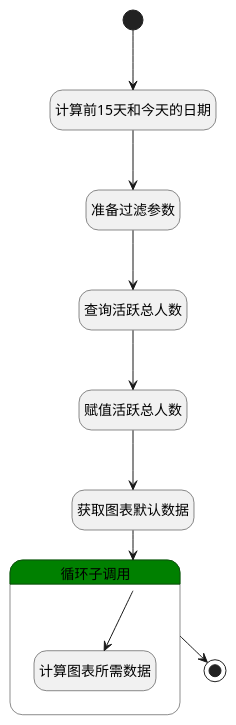
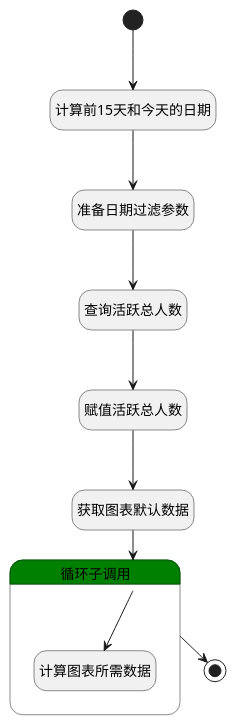
One commit to iBizLab/plm changed the diagram in doc/docsify/module/Base/login_log/logic/calc_active_chart_datas.md. Above: the diagram before and after it, drawn with PlantUML. The commit also changed other lines of this file and 1068 other files, not shown here.

````diff
--- a/doc/docsify/module/Base/login_log/logic/calc_active_chart_datas.md
+++ b/doc/docsify/module/Base/login_log/logic/calc_active_chart_datas.md
@@ -7,34 +7,34 @@
 ```plantuml
 @startuml
 hide empty description
 <style>
 root {
   HyperlinkColor #42b983
 }
 </style>
 
 hide empty description
 state "开始" as Begin <<start>> [[$./calc_active_chart_datas#begin {"开始"}]]
-state "准备过滤参数" as PREPAREPARAM1  [[$./calc_active_chart_datas#prepareparam1 {"准备过滤参数"}]]
+state "计算前15天和今天的日期" as RAWSFCODE1  [[$./calc_active_chart_datas#rawsfcode1 {"计算前15天和今天的日期"}]]
+state "准备日期过滤参数" as PREPAREPARAM1  [[$./calc_active_chart_datas#prepareparam1 {"准备日期过滤参数"}]]
 state "查询活跃总人数" as DEDATASET2  [[$./calc_active_chart_datas#dedataset2 {"查询活跃总人数"}]]
 state "赋值活跃总人数" as PREPAREPARAM2  [[$./calc_active_chart_datas#prepareparam2 {"赋值活跃总人数"}]]
 state "获取图表默认数据" as DEDATASET1  [[$./calc_active_chart_datas#dedataset1 {"获取图表默认数据"}]]
-state "计算前15天和今天的日期" as RAWSFCODE1  [[$./calc_active_chart_datas#rawsfcode1 {"计算前15天和今天的日期"}]]
 state "结束" as END1 <<end>> [[$./calc_active_chart_datas#end1 {"结束"}]]
 state "循环子调用" as LOOPSUBCALL1  [[$./calc_active_chart_datas#loopsubcall1 {"循环子调用"}]] #green {
 state "计算图表所需数据" as RAWSFCODE2  [[$./calc_active_chart_datas#rawsfcode2 {"计算图表所需数据"}]]
 }
 
 
 Begin --> RAWSFCODE1
 RAWSFCODE1 --> PREPAREPARAM1
 PREPAREPARAM1 --> DEDATASET2
 DEDATASET2 --> PREPAREPARAM2
 PREPAREPARAM2 --> DEDATASET1
 DEDATASET1 --> LOOPSUBCALL1
 LOOPSUBCALL1 --> RAWSFCODE2
 LOOPSUBCALL1 --> END1
 
 
 @enduml
 ```
````
